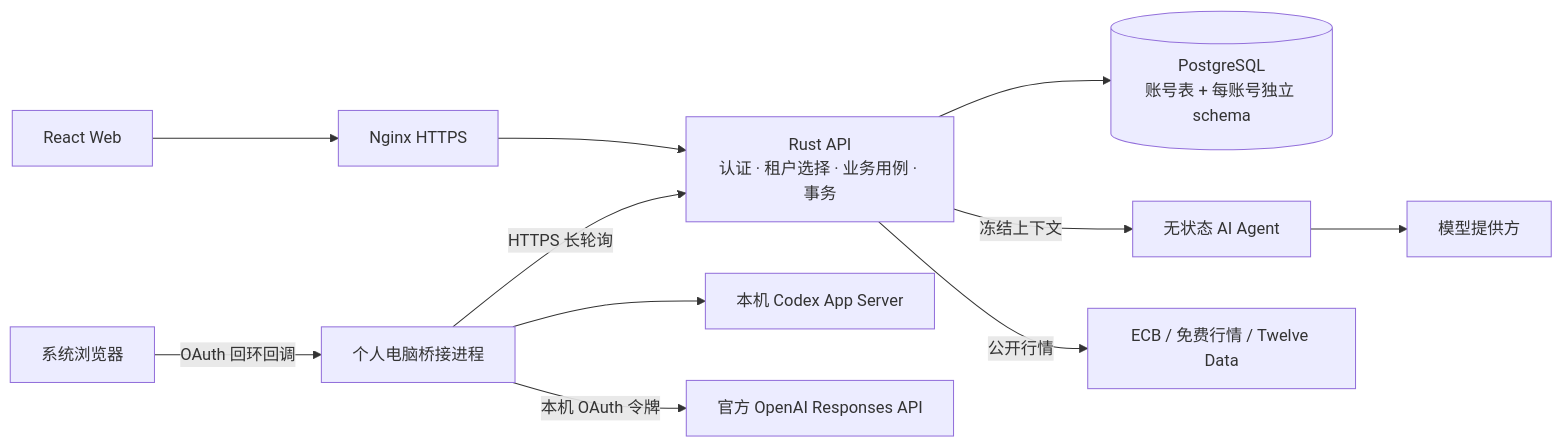
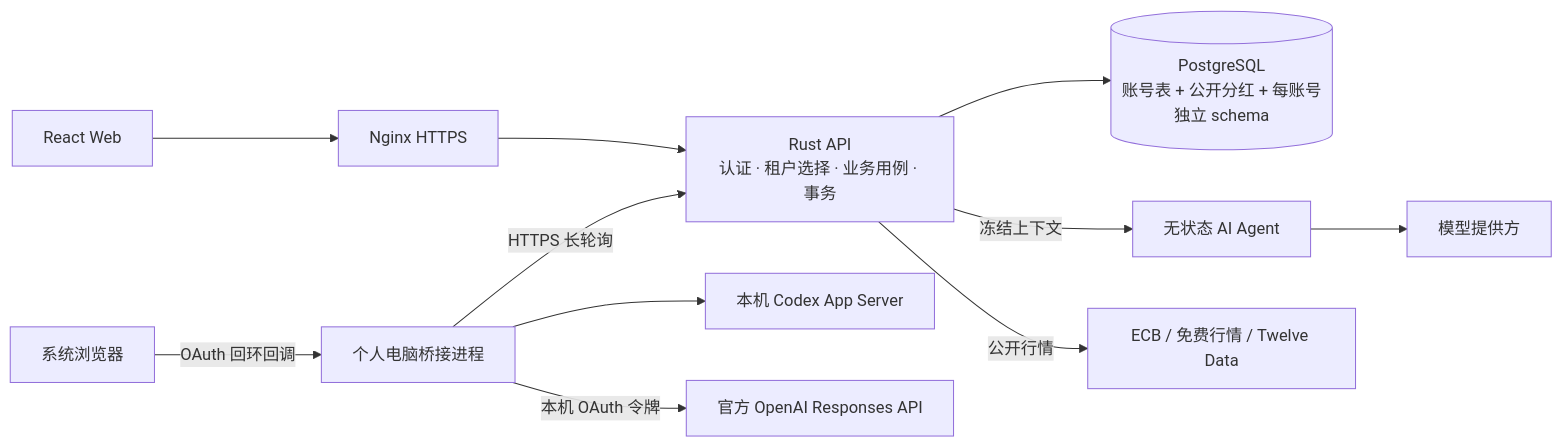
One commit to lokinko/mario changed the first of 3 diagrams in docs/architecture.md. Above: the diagram before and after it, drawn with Mermaid. The commit also changed other lines of this file and 25 other files, not shown here.

````diff
--- a/docs/architecture.md
+++ b/docs/architecture.md
@@ -13,13 +13,13 @@
 ```mermaid
 flowchart LR
     W[React Web] --> G[Nginx HTTPS]
     G --> A[Rust API<br/>认证 · 租户选择 · 业务用例 · 事务]
-    A --> P[(PostgreSQL<br/>账号表 + 每账号独立 schema)]
+    A --> P[(PostgreSQL<br/>账号表 + 公开分红 + 每账号独立 schema)]
     A -->|冻结上下文| R[无状态 AI Agent]
     R --> M[模型提供方]
     A -->|公开行情| Q[ECB / 免费行情 / Twelve Data]
     B[个人电脑桥接进程] -->|HTTPS 长轮询| A
     B --> C[本机 Codex App Server]
     B -->|本机 OAuth 令牌| O[官方 OpenAI Responses API]
     L[系统浏览器] -->|OAuth 回环回调| B
 ```
````
